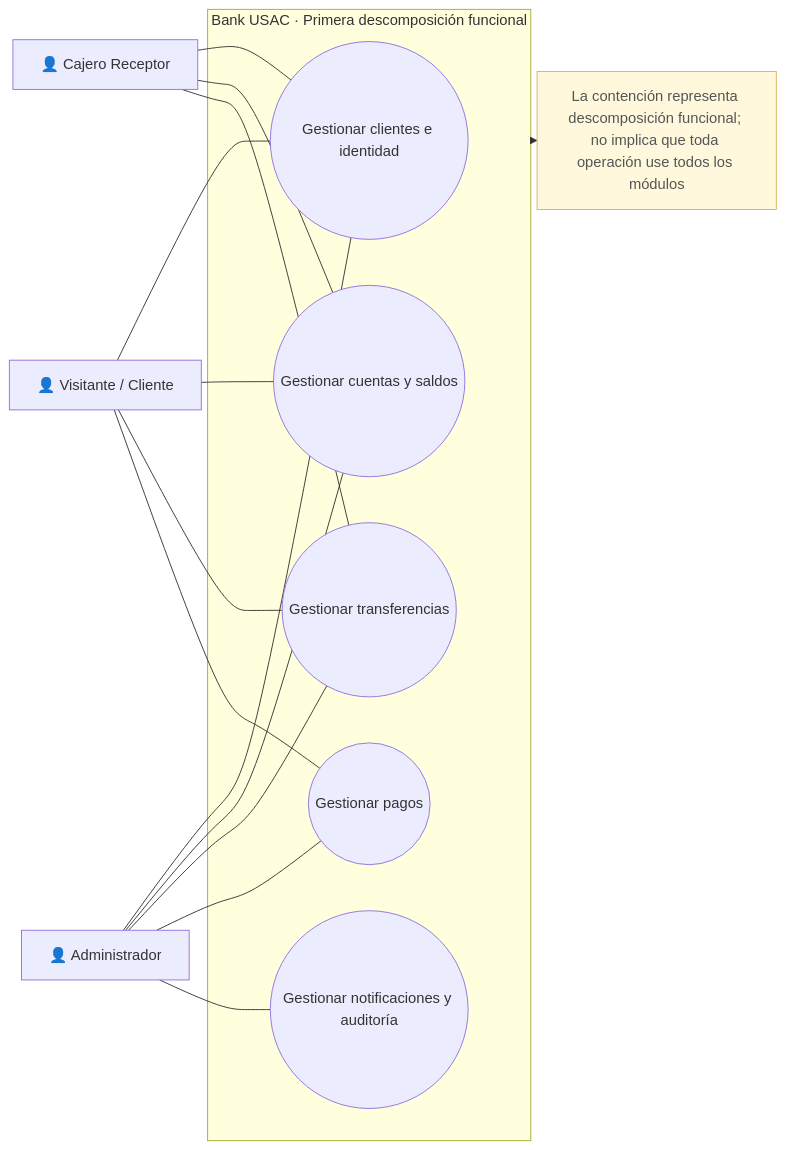
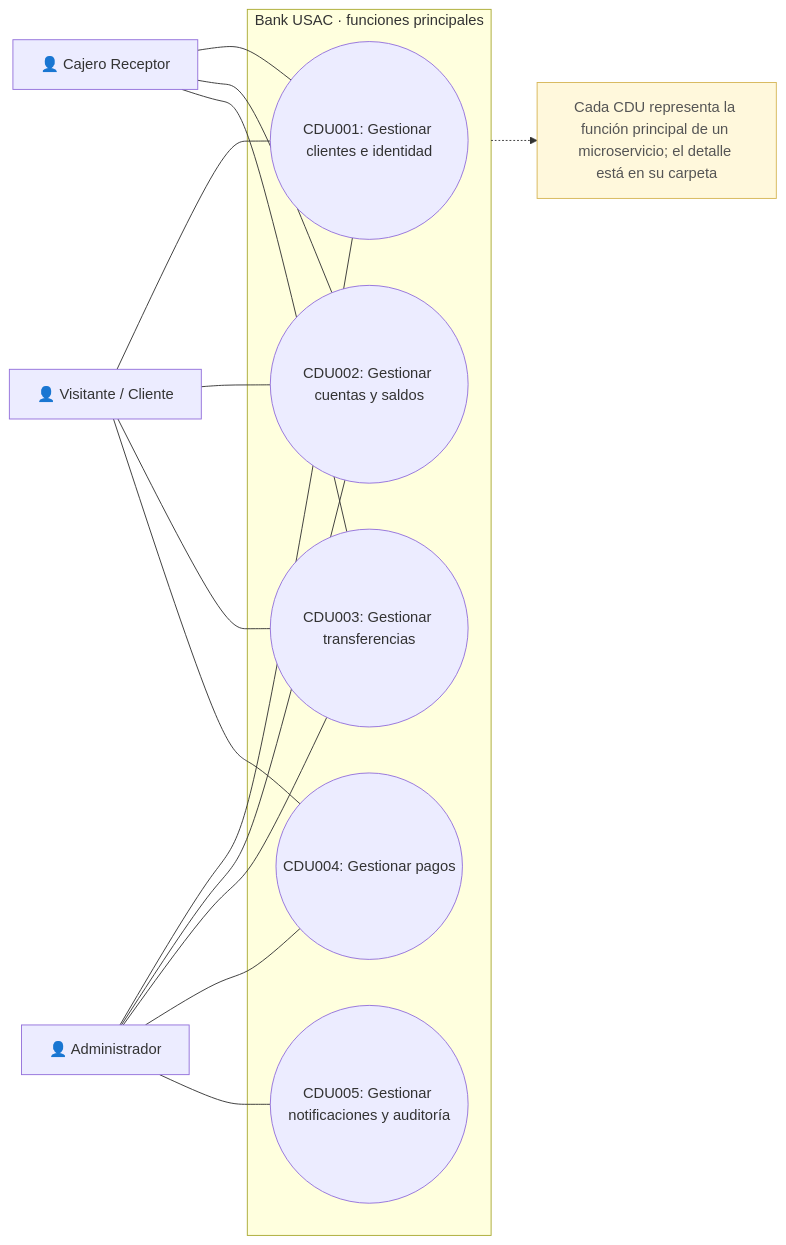
One commit to marcosbondel/Proyecto-SA-B-2 changed the diagram in docs/architecture/diagrams/cdu/01-primera-descomposicion.mmd. Above: the diagram before and after it, drawn with Mermaid. The commit also changed 62 other files, not shown here.

Commit message:
Reorganize CDU diagrams by numbered use cases

```diff
--- a/docs/architecture/diagrams/cdu/01-primera-descomposicion.mmd
+++ b/docs/architecture/diagrams/cdu/01-primera-descomposicion.mmd
@@ -1,32 +1,32 @@
 flowchart LR
     visitor["👤 Visitante / Cliente"]
     teller["👤 Cajero Receptor"]
     admin["👤 Administrador"]
 
-    subgraph bank["Bank USAC · Primera descomposición funcional"]
-        customer(("Gestionar clientes e identidad"))
-        account(("Gestionar cuentas y saldos"))
-        transaction(("Gestionar transferencias"))
-        payment(("Gestionar pagos"))
-        audit(("Gestionar notificaciones y auditoría"))
+    subgraph bank["Bank USAC · funciones principales"]
+        customer(("CDU001: Gestionar clientes e identidad"))
+        account(("CDU002: Gestionar cuentas y saldos"))
+        transaction(("CDU003: Gestionar transferencias"))
+        payment(("CDU004: Gestionar pagos"))
+        audit(("CDU005: Gestionar notificaciones y auditoría"))
     end
 
     visitor --- customer
     visitor --- account
     visitor --- transaction
     visitor --- payment
 
     teller --- customer
     teller --- account
     teller --- transaction
 
     admin --- customer
     admin --- account
     admin --- transaction
     admin --- payment
     admin --- audit
 
-    note["La contención representa descomposición funcional; no implica que toda operación use todos los módulos"]:::note
+    note["Cada CDU representa la función principal de un microservicio; el detalle está en su carpeta"]:::note
     bank -.-> note
 
     classDef note fill:#FFF8DC,stroke:#D6B656,color:#555555;
```
